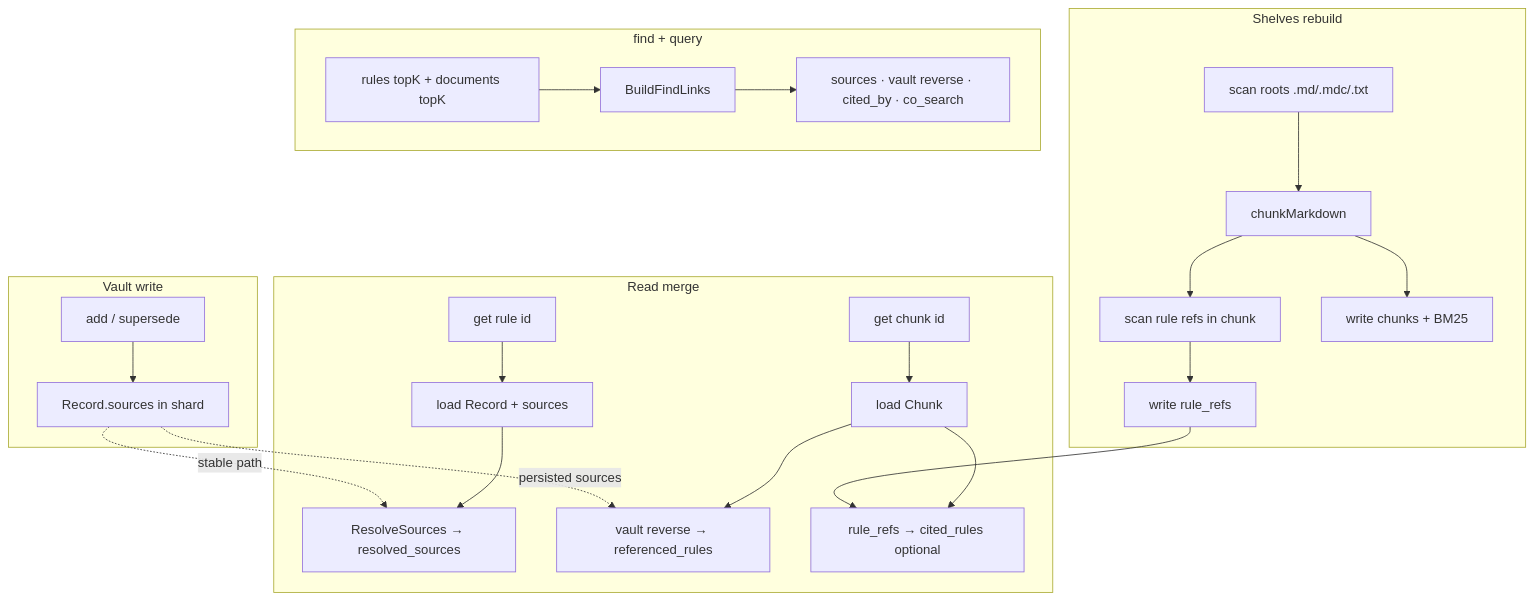
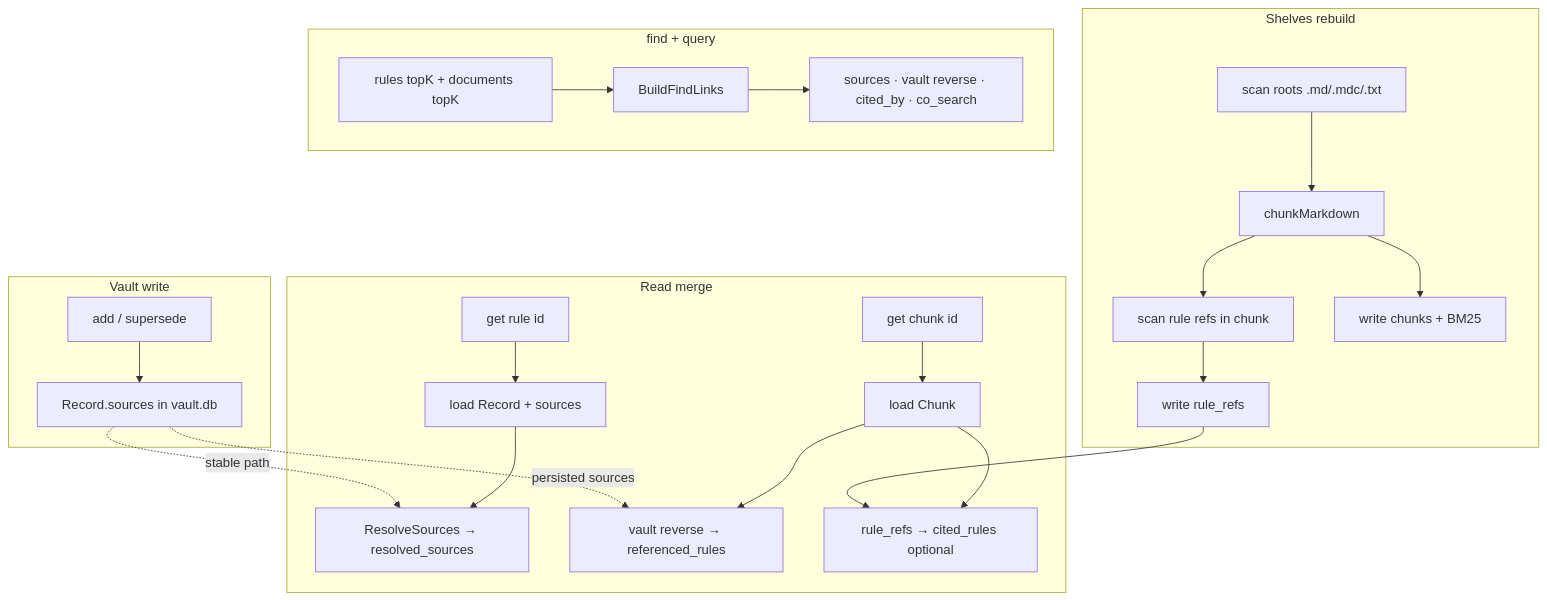
The diagram in docs/imprint-shelves-linking.md (SteamedBread2333/imprint), drawn with Mermaid before and after one commit. The commit also changed other lines of this file and 7 other files, not shown here.

````diff
--- a/docs/imprint-shelves-linking.md
+++ b/docs/imprint-shelves-linking.md
@@ -179,30 +179,30 @@
 ```mermaid
 flowchart TB
   subgraph vault_write [Vault write]
-    A[add / supersede] --> B[Record.sources in shard]
+    A[add / supersede] --> B[Record.sources in vault.db]
   end
 
   subgraph shelves_rebuild [Shelves rebuild]
     C[scan roots .md/.mdc/.txt] --> D[chunkMarkdown]
     D --> E[scan rule refs in chunk]
     E --> F[write rule_refs]
     D --> G[write chunks + BM25]
   end
 
   subgraph read_path [Read merge]
     H[get rule id] --> I[load Record + sources]
     I --> J[ResolveSources → resolved_sources]
     K[get chunk id] --> L[load Chunk]
     L --> M[vault reverse → referenced_rules]
     L --> N[rule_refs → cited_rules optional]
     F --> N
   end
 
   subgraph find_path [find + query]
     P[rules topK + documents topK] --> Q[BuildFindLinks]
     Q --> R[sources · vault reverse · cited_by · co_search]
   end
 
   B -.->|stable path| J
   B -.->|persisted sources| M
 ```
````
